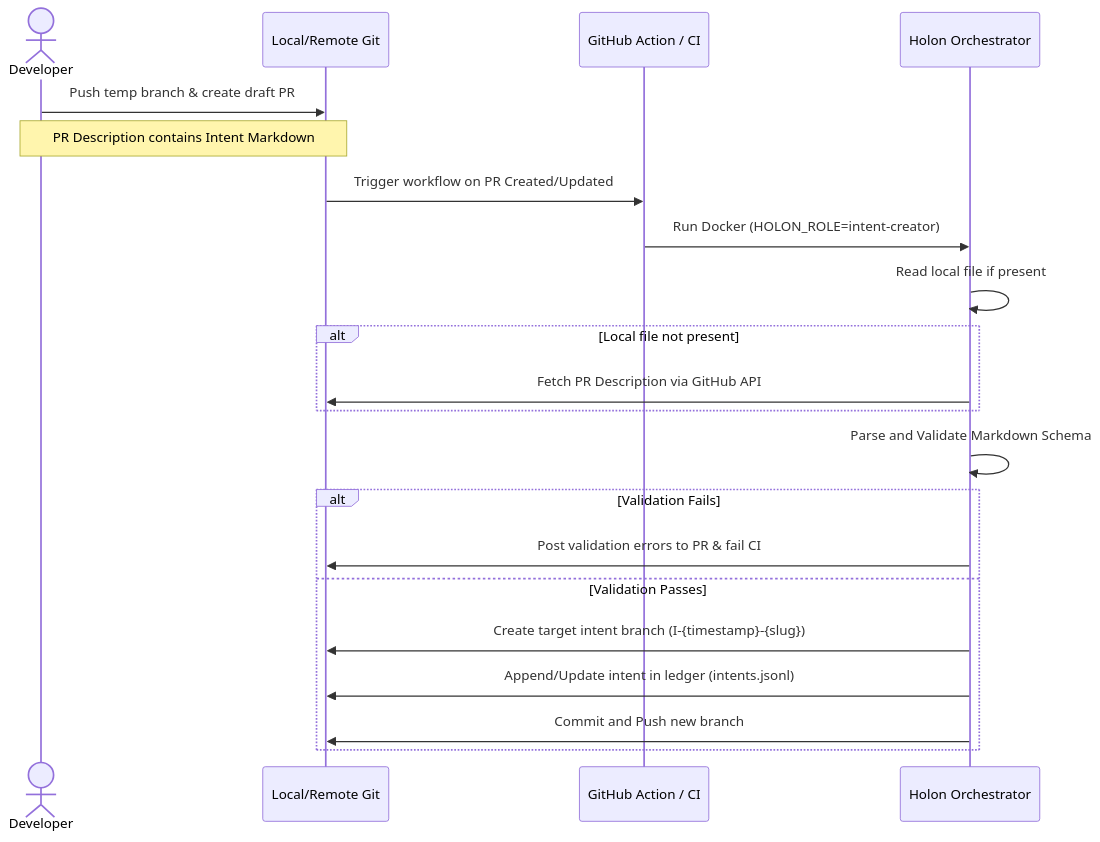
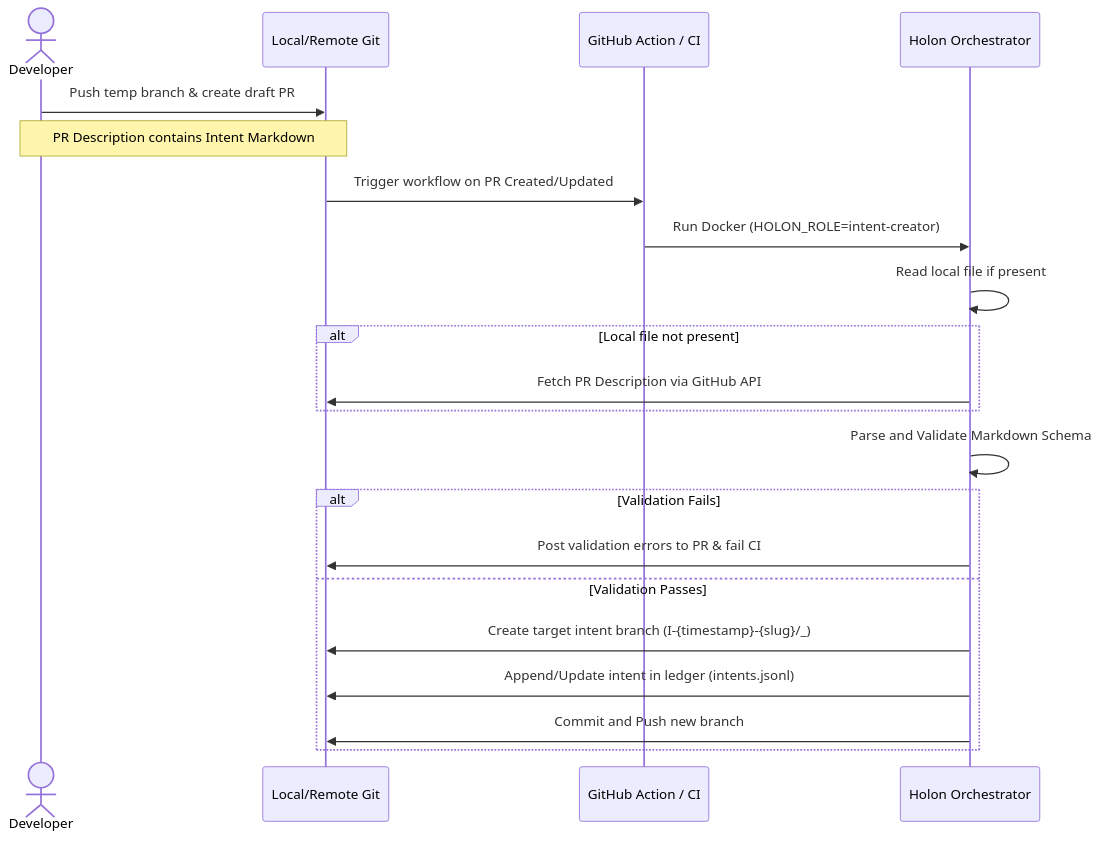
Before and after one commit to Holon-Agentic-Coder/holon-agentic-coder: the diagram in docs/intent/intent_markdown_spec.md, drawn with Mermaid. The commit also changed other lines of this file and 10 other files, not shown here.

````diff
--- a/docs/intent/intent_markdown_spec.md
+++ b/docs/intent/intent_markdown_spec.md
@@ -10,24 +10,24 @@
 ```mermaid
 sequenceDiagram
     actor Developer
     participant Git as Local/Remote Git
     participant CI as GitHub Action / CI
     participant Orc as Holon Orchestrator
 
     Developer->>Git: Push temp branch & create draft PR
     Note over Developer,Git: PR Description contains Intent Markdown
     Git->>CI: Trigger workflow on PR Created/Updated
     CI->>Orc: Run Docker (HOLON_ROLE=intent-creator)
     Orc->>Orc: Read local file if present
     alt Local file not present
         Orc->>Git: Fetch PR Description via GitHub API
     end
     Orc->>Orc: Parse and Validate Markdown Schema
     alt Validation Fails
         Orc->>Git: Post validation errors to PR & fail CI
     else Validation Passes
-        Orc->>Git: Create target intent branch (I-{timestamp}-{slug})
+        Orc->>Git: Create target intent branch (I-{timestamp}-{slug}/_)
         Orc->>Git: Append/Update intent in ledger (intents.jsonl)
         Orc->>Git: Commit and Push new branch
     end
 ```
````
